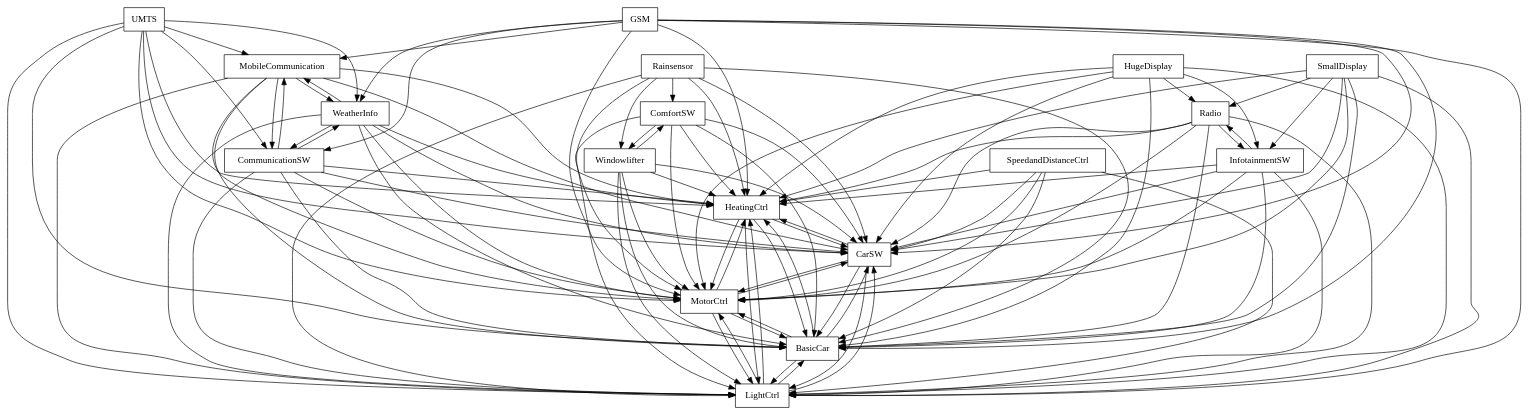
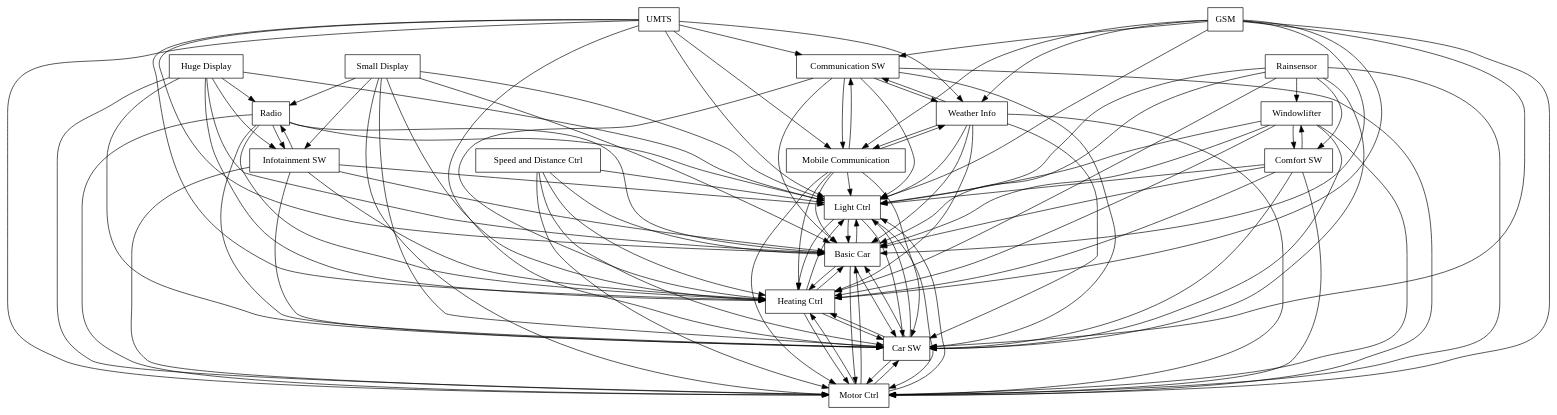
One commit to FAMILIAR-project/familiar-language changed the diagram in FAMILIAR/output/SPLOT-big/fm_61_model_20110124_2116036381.xml.dot. Above: the diagram before and after it, drawn with Graphviz. The commit also changed 199 other files, not shown here.

```diff
--- a/FAMILIAR/output/SPLOT-big/fm_61_model_20110124_2116036381.xml.dot
+++ b/FAMILIAR/output/SPLOT-big/fm_61_model_20110124_2116036381.xml.dot
@@ -1,130 +1,130 @@
 digraph{
 graph [rankdir=TB];
 node [shape=box];
 edge [arrowhead=normal];
-0[label="HeatingCtrl",]
-1[label="CarSW",]
-2[label="MobileCommunication",]
-3[label="ComfortSW",]
-4[label="UMTS",]
-5[label="HugeDisplay",]
-6[label="SpeedandDistanceCtrl",]
-7[label="LightCtrl",]
-8[label="WeatherInfo",]
-9[label="Rainsensor",]
-10[label="SmallDisplay",]
-11[label="BasicCar",]
-12[label="Windowlifter",]
-13[label="GSM",]
-14[label="CommunicationSW",]
-15[label="MotorCtrl",]
-16[label="Radio",]
-17[label="InfotainmentSW",]
-0->1[label="",]
-0->7[label="",]
+0[label="Communication SW",]
+1[label="Huge Display",]
+2[label="Speed and Distance Ctrl",]
+3[label="Light Ctrl",]
+4[label="Basic Car",]
+5[label="UMTS",]
+6[label="Small Display",]
+7[label="Rainsensor",]
+8[label="Motor Ctrl",]
+9[label="Windowlifter",]
+10[label="GSM",]
+11[label="Weather Info",]
+12[label="Car SW",]
+13[label="Comfort SW",]
+14[label="Radio",]
+15[label="Heating Ctrl",]
+16[label="Infotainment SW",]
+17[label="Mobile Communication",]
+0->3[label="",]
+0->4[label="",]
+0->8[label="",]
 0->11[label="",]
+0->12[label="",]
 0->15[label="",]
-1->0[label="",]
-1->7[label="",]
-1->11[label="",]
+0->17[label="",]
+1->3[label="",]
+1->4[label="",]
+1->8[label="",]
+1->12[label="",]
+1->14[label="",]
 1->15[label="",]
-2->0[label="",]
-2->1[label="",]
-2->7[label="",]
+1->16[label="",]
+2->3[label="",]
+2->4[label="",]
 2->8[label="",]
-2->11[label="",]
-2->14[label="",]
+2->12[label="",]
 2->15[label="",]
-3->0[label="",]
-3->1[label="",]
-3->7[label="",]
-3->11[label="",]
+3->4[label="",]
+3->8[label="",]
 3->12[label="",]
 3->15[label="",]
-4->0[label="",]
-4->1[label="",]
-4->2[label="",]
-4->7[label="",]
+4->3[label="",]
 4->8[label="",]
-4->11[label="",]
-4->14[label="",]
+4->12[label="",]
 4->15[label="",]
 5->0[label="",]
-5->1[label="",]
-5->7[label="",]
+5->3[label="",]
+5->4[label="",]
+5->8[label="",]
 5->11[label="",]
+5->12[label="",]
 5->15[label="",]
-5->16[label="",]
 5->17[label="",]
-6->0[label="",]
-6->1[label="",]
-6->7[label="",]
-6->11[label="",]
+6->3[label="",]
+6->4[label="",]
+6->8[label="",]
+6->12[label="",]
+6->14[label="",]
 6->15[label="",]
-7->0[label="",]
-7->1[label="",]
-7->11[label="",]
+6->16[label="",]
+7->3[label="",]
+7->4[label="",]
+7->8[label="",]
+7->9[label="",]
+7->12[label="",]
+7->13[label="",]
 7->15[label="",]
-8->0[label="",]
-8->1[label="",]
-8->2[label="",]
-8->7[label="",]
-8->11[label="",]
-8->14[label="",]
+8->3[label="",]
+8->4[label="",]
+8->12[label="",]
 8->15[label="",]
-9->0[label="",]
-9->1[label="",]
 9->3[label="",]
-9->7[label="",]
-9->11[label="",]
+9->4[label="",]
+9->8[label="",]
 9->12[label="",]
+9->13[label="",]
 9->15[label="",]
 10->0[label="",]
-10->1[label="",]
-10->7[label="",]
+10->3[label="",]
+10->4[label="",]
+10->8[label="",]
 10->11[label="",]
+10->12[label="",]
 10->15[label="",]
-10->16[label="",]
 10->17[label="",]
 11->0[label="",]
-11->1[label="",]
-11->7[label="",]
+11->3[label="",]
+11->4[label="",]
+11->8[label="",]
+11->12[label="",]
 11->15[label="",]
-12->0[label="",]
-12->1[label="",]
+11->17[label="",]
 12->3[label="",]
-12->7[label="",]
-12->11[label="",]
+12->4[label="",]
+12->8[label="",]
 12->15[label="",]
-13->0[label="",]
-13->1[label="",]
-13->2[label="",]
-13->7[label="",]
+13->3[label="",]
+13->4[label="",]
 13->8[label="",]
-13->11[label="",]
-13->14[label="",]
+13->9[label="",]
+13->12[label="",]
 13->15[label="",]
-14->0[label="",]
-14->1[label="",]
-14->2[label="",]
-14->7[label="",]
+14->3[label="",]
+14->4[label="",]
 14->8[label="",]
-14->11[label="",]
+14->12[label="",]
 14->15[label="",]
-15->0[label="",]
-15->1[label="",]
-15->7[label="",]
-15->11[label="",]
-16->0[label="",]
-16->1[label="",]
-16->7[label="",]
-16->11[label="",]
+14->16[label="",]
+15->3[label="",]
+15->4[label="",]
+15->8[label="",]
+15->12[label="",]
+16->3[label="",]
+16->4[label="",]
+16->8[label="",]
+16->12[label="",]
+16->14[label="",]
 16->15[label="",]
-16->17[label="",]
 17->0[label="",]
-17->1[label="",]
-17->7[label="",]
+17->3[label="",]
+17->4[label="",]
+17->8[label="",]
 17->11[label="",]
+17->12[label="",]
 17->15[label="",]
-17->16[label="",]
 }
```
